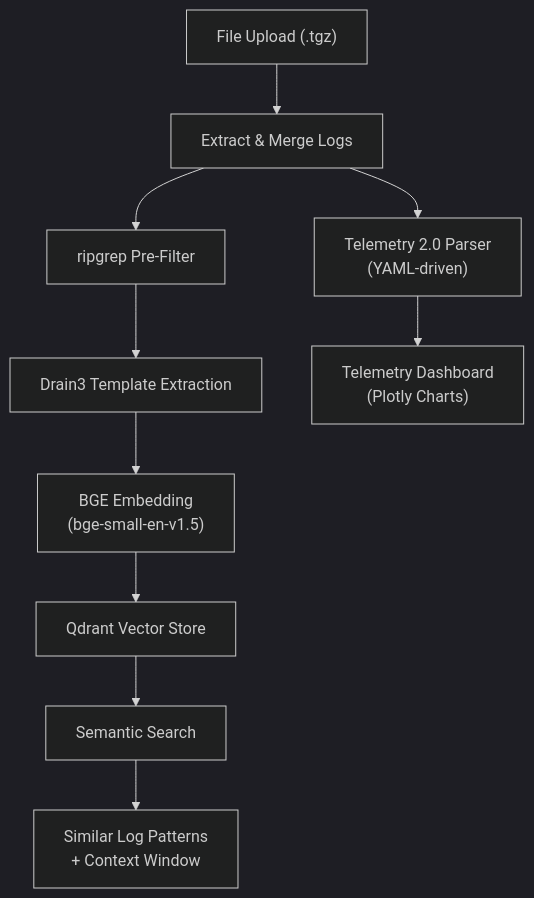
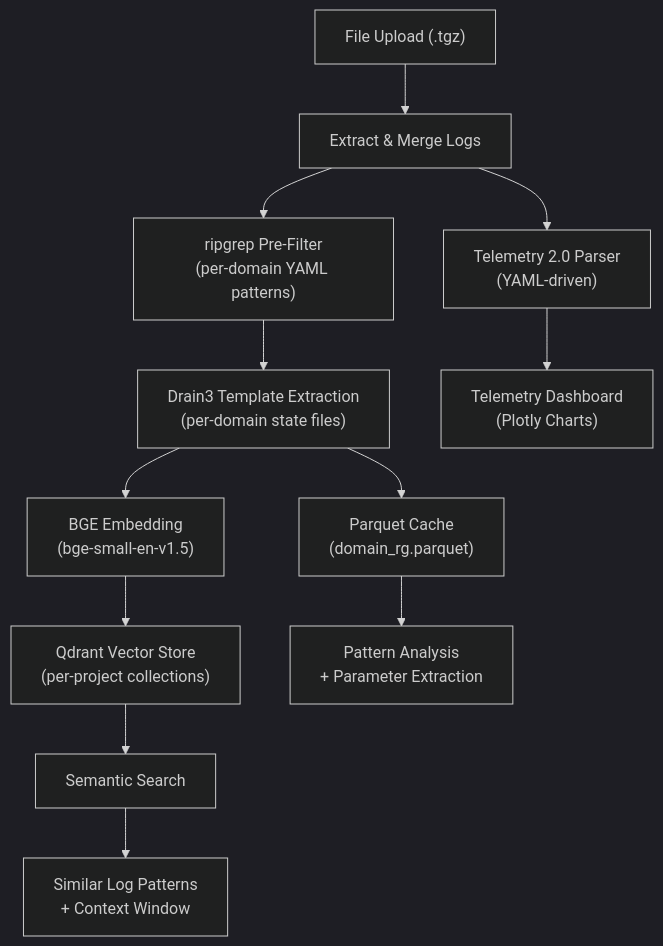
Before and after one commit to Arumugam-panchatcharam/parsemylog-ai: the diagram in README.md, drawn with Mermaid (dark theme). The commit also changed other lines of this file and 6 other files, not shown here.

````diff
--- a/README.md
+++ b/README.md
@@ -17,12 +18,14 @@
 ```mermaid
 flowchart TD
     Upload["File Upload (.tgz)"] --> Extract["Extract & Merge Logs"]
-    Extract --> RgScan["ripgrep Pre-Filter"]
-    RgScan --> Drain3["Drain3 Template Extraction"]
+    Extract --> RgScan["ripgrep Pre-Filter\n(per-domain YAML patterns)"]
+    RgScan --> Drain3["Drain3 Template Extraction\n(per-domain state files)"]
+    Drain3 --> Parquet["Parquet Cache\n(domain_rg.parquet)"]
     Drain3 --> Embed["BGE Embedding\n(bge-small-en-v1.5)"]
-    Embed --> Qdrant["Qdrant Vector Store"]
+    Embed --> Qdrant["Qdrant Vector Store\n(per-project collections)"]
     Extract --> Telemetry["Telemetry 2.0 Parser\n(YAML-driven)"]
     Telemetry --> Dashboard["Telemetry Dashboard\n(Plotly Charts)"]
     Qdrant --> Search["Semantic Search"]
     Search --> Results["Similar Log Patterns\n+ Context Window"]
+    Parquet --> PatternPage["Pattern Analysis\n+ Parameter Extraction"]
 ```
````
